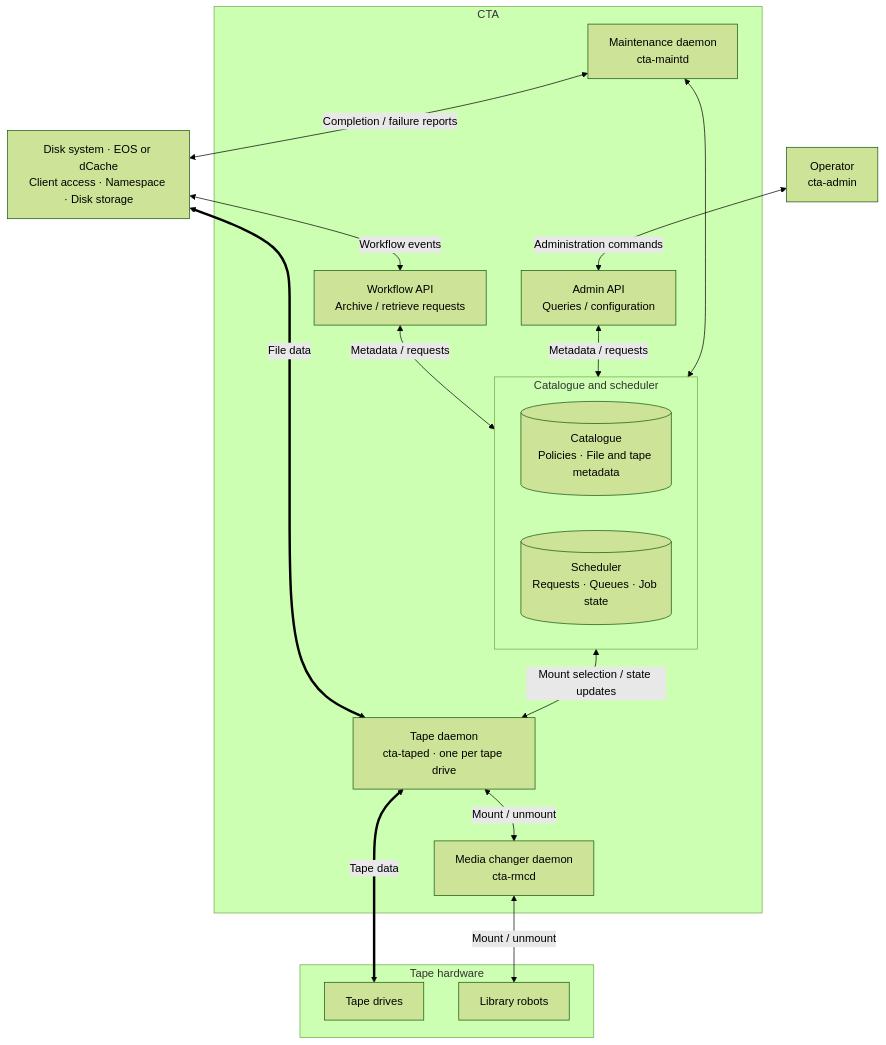
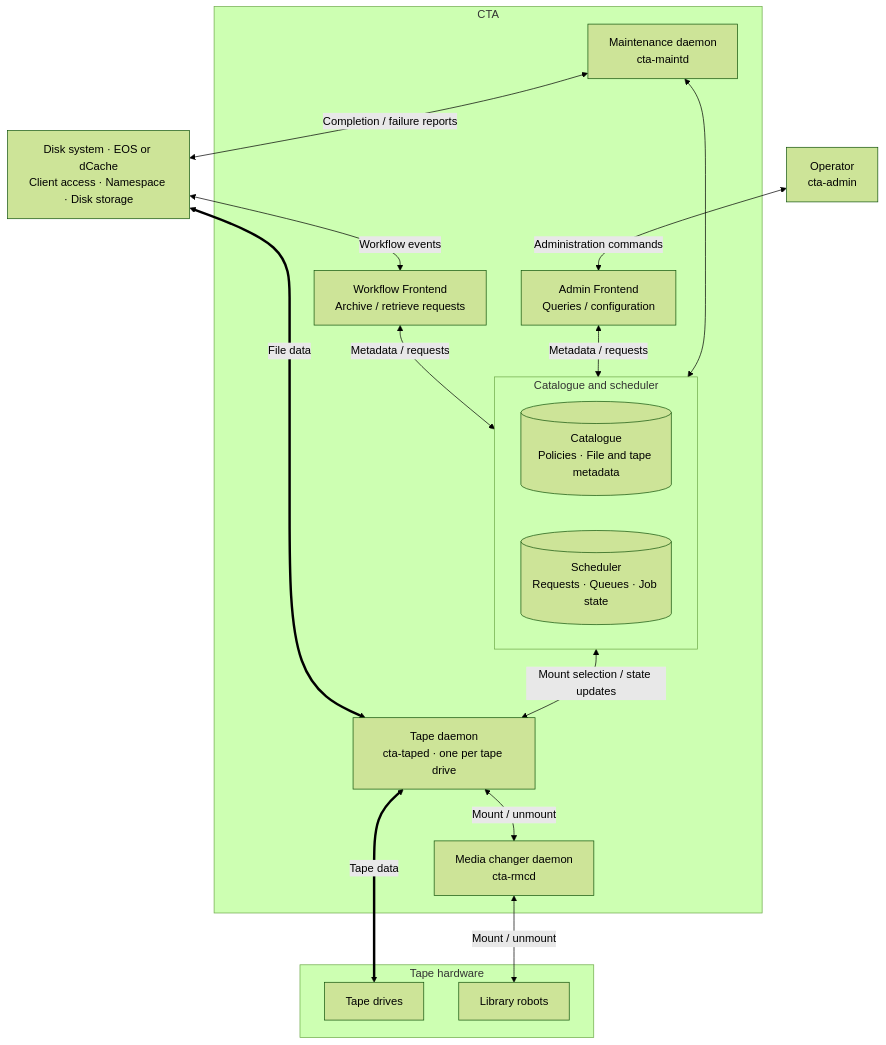
One commit to cern-cta/CTA changed the diagram in docs/content/concepts/components/index.md. Above: the diagram before and after it, drawn with Mermaid (forest theme). The commit also changed other lines of this file and 27 other files, not shown here.

````diff
--- a/docs/content/concepts/components/index.md
+++ b/docs/content/concepts/components/index.md
@@ -9,34 +9,34 @@
 ```mermaid
 flowchart TB
     disk["Disk system · EOS or dCache<br/>Client access · Namespace · Disk storage"]
     operator["Operator<br/>cta-admin"]
 
     subgraph CTA["CTA"]
-        workflow["Workflow API<br/>Archive / retrieve requests"]
-        admin["Admin API<br/>Queries / configuration"]
+        workflow["Workflow Frontend<br/>Archive / retrieve requests"]
+        admin["Admin Frontend<br/>Queries / configuration"]
         subgraph stores["Catalogue and scheduler"]
             catalogue[("Catalogue<br/>Policies · File and tape metadata")]
             scheduler[("Scheduler<br/>Requests · Queues · Job state")]
         end
         maintd["Maintenance daemon<br/>cta-maintd"]
         taped["Tape daemon<br/>cta-taped · one per tape drive"]
         rmcd["Media changer daemon<br/>cta-rmcd"]
     end
 
     subgraph hardware["Tape hardware"]
         drives["Tape drives"]
         robots["Library robots"]
     end
 
     disk <-->|Workflow events| workflow
     operator <-->|Administration commands| admin
     workflow <-->|Metadata / requests| stores
     admin <-->|Metadata / requests| stores
     maintd <--> stores
     maintd <-->|Completion / failure reports| disk
     stores <-->|Mount selection / state updates| taped
     taped <-->|Mount / unmount| rmcd
     taped <==>|Tape data| drives
     rmcd <-->|Mount / unmount| robots
     disk <==>|File data| taped
 ```
````
